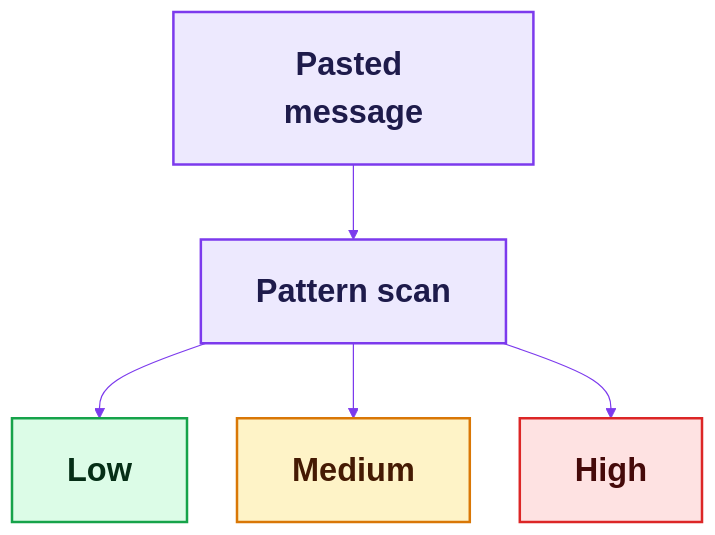
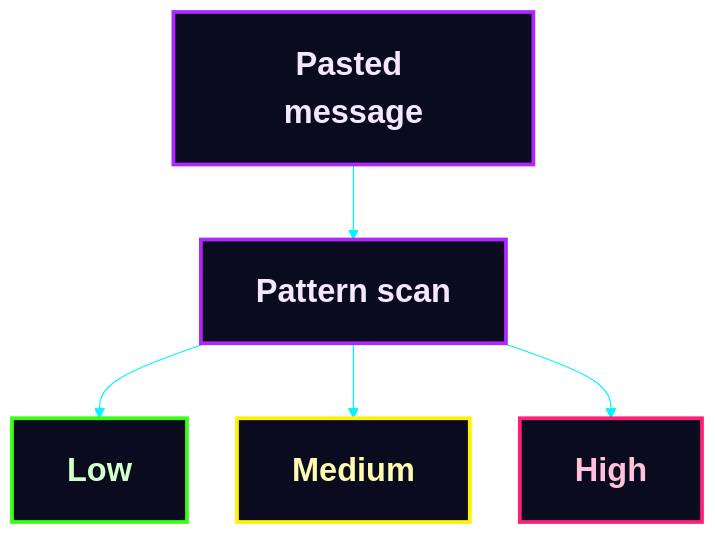
Before and after one commit to Mansi232323/MANSHORA: diagram 11 of 13 in README.md, drawn with Mermaid. The commit also changed other lines of this file, not shown here.

````diff
--- a/README.md
+++ b/README.md
@@ -431,16 +431,16 @@
 ```mermaid
-%%{init: {'theme':'base','themeVariables':{'fontSize':'26px','lineColor':'#7c3aed'},'flowchart':{'nodeSpacing':40,'rankSpacing':60,'padding':22,'htmlLabels':true}}}%%
+%%{init: {'theme':'base','themeVariables':{'fontSize':'26px','lineColor':'#00f5ff','clusterBkg':'#0b0b1f','clusterBorder':'#ff00e5','titleColor':'#ff00e5','edgeLabelBackground':'#0b0b1f'},'flowchart':{'nodeSpacing':40,'rankSpacing':60,'padding':22,'htmlLabels':true}}}%%
 flowchart TB
     M["<b>Pasted message</b>"] --> P["<b>Pattern scan</b>"]
     P --> L["<b>Low</b>"]
     P --> Md["<b>Medium</b>"]
     P --> H["<b>High</b>"]
-    classDef n fill:#ede9fe,stroke:#7c3aed,stroke-width:2px,color:#1e1b4b
-    classDef low fill:#dcfce7,stroke:#16a34a,stroke-width:2px,color:#052e16
-    classDef mid fill:#fef3c7,stroke:#d97706,stroke-width:2px,color:#451a03
-    classDef high fill:#fee2e2,stroke:#dc2626,stroke-width:2px,color:#450a0a
+    classDef n fill:#0b0b1f,stroke:#b026ff,stroke-width:3px,color:#f3e8ff
+    classDef low fill:#0b0b1f,stroke:#39ff14,stroke-width:3px,color:#d3ffc8
+    classDef mid fill:#0b0b1f,stroke:#fff200,stroke-width:3px,color:#fffbb0
+    classDef high fill:#0b0b1f,stroke:#ff2079,stroke-width:3px,color:#ffc2da
     class M,P n
     class L low
     class Md mid
     class H high
 ```
````
